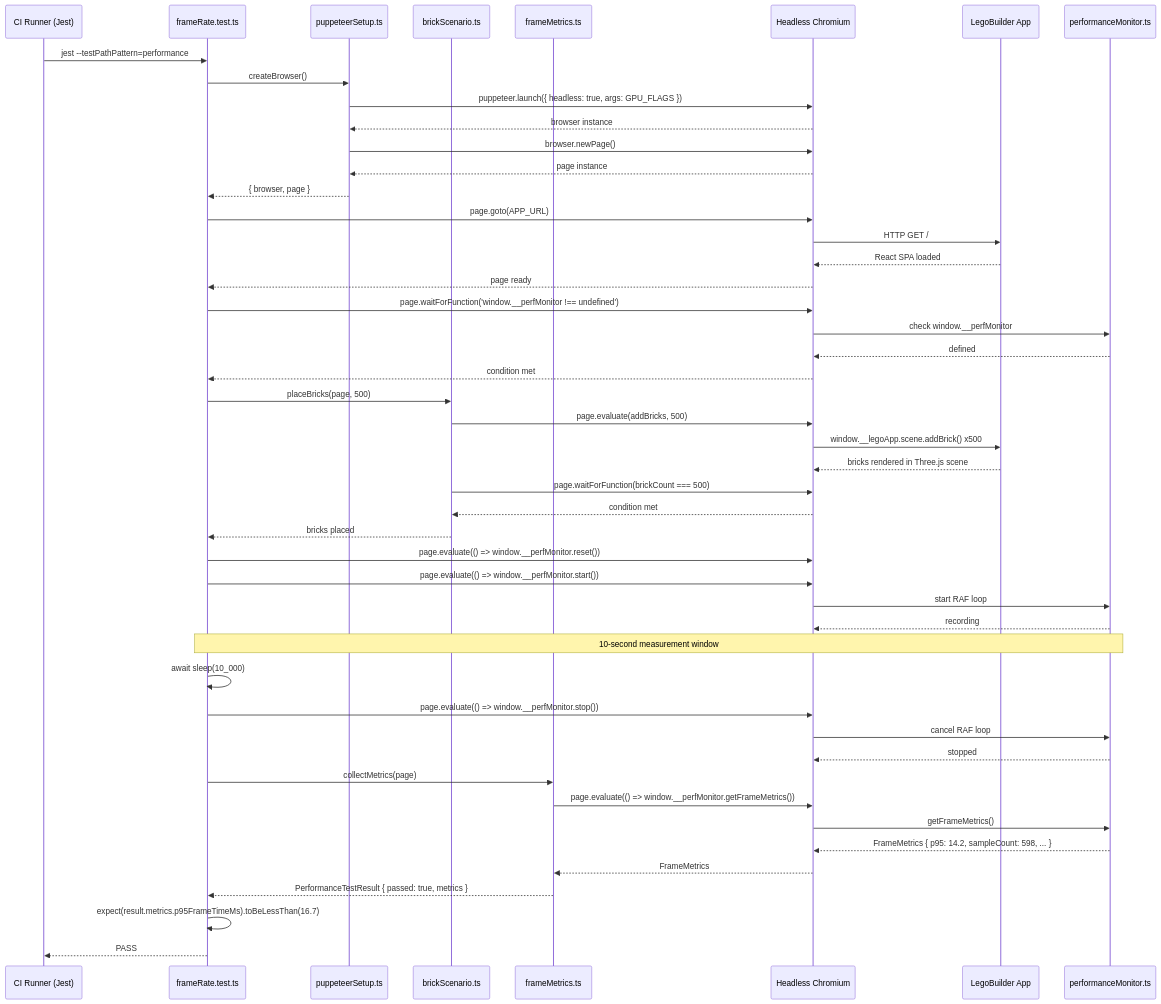
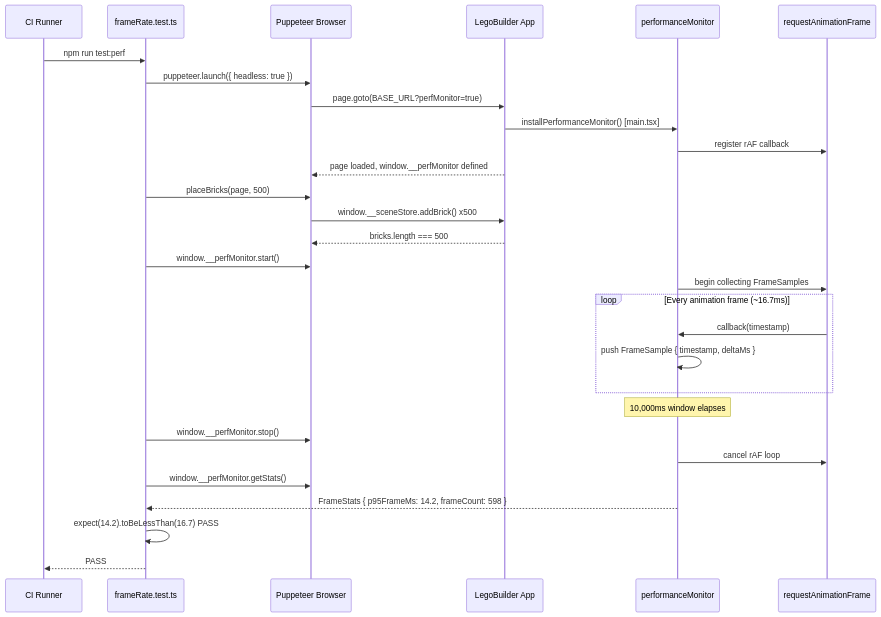
Before and after one commit to sreenivasmrpivot/legobuilder: the first of 4 diagrams in docs/features/NFR-PERF-001/LOW_LEVEL_DESIGN.md, drawn with Mermaid. The commit also changed other lines of this file, not shown here.

First line of the commit message:
docs: LLD for NFR-PERF-001 — Enforce ≥60 FPS frame rate with 500 bricks via automated performance tests

````diff
--- a/docs/features/NFR-PERF-001/LOW_LEVEL_DESIGN.md
+++ b/docs/features/NFR-PERF-001/LOW_LEVEL_DESIGN.md
@@ -223,59 +272,32 @@
 ```mermaid
 sequenceDiagram
-    participant CI as CI Runner (Jest)
+    participant CI as CI Runner
     participant PT as frameRate.test.ts
-    participant PU as puppeteerSetup.ts
-    participant BS as brickScenario.ts
-    participant FM as frameMetrics.ts
-    participant BR as Headless Chromium
+    participant PU as Puppeteer Browser
     participant APP as LegoBuilder App
-    participant PM as performanceMonitor.ts
+    participant PM as performanceMonitor
+    participant RAF as requestAnimationFrame
 
-    CI->>PT: jest --testPathPattern=performance
-    PT->>PU: createBrowser()
-    PU->>BR: puppeteer.launch({ headless: true, args: GPU_FLAGS })
-    BR-->>PU: browser instance
-    PU->>BR: browser.newPage()
-    BR-->>PU: page instance
-    PU-->>PT: { browser, page }
-
-    PT->>BR: page.goto(APP_URL)
-    BR->>APP: HTTP GET /
-    APP-->>BR: React SPA loaded
-    BR-->>PT: page ready
-
-    PT->>BR: page.waitForFunction('window.__perfMonitor !== undefined')
-    BR->>PM: check window.__perfMonitor
-    PM-->>BR: defined
-    BR-->>PT: condition met
-
-    PT->>BS: placeBricks(page, 500)
-    BS->>BR: page.evaluate(addBricks, 500)
-    BR->>APP: window.__legoApp.scene.addBrick() x500
-    APP-->>BR: bricks rendered in Three.js scene
-    BS->>BR: page.waitForFunction(brickCount === 500)
-    BR-->>BS: condition met
-    BS-->>PT: bricks placed
-
-    PT->>BR: page.evaluate(() => window.__perfMonitor.reset())
-    PT->>BR: page.evaluate(() => window.__perfMonitor.start())
-    BR->>PM: start RAF loop
-    PM-->>BR: recording
-
-    Note over PT,PM: 10-second measurement window
-    PT->>PT: await sleep(10_000)
-
-    PT->>BR: page.evaluate(() => window.__perfMonitor.stop())
-    BR->>PM: cancel RAF loop
-    PM-->>BR: stopped
-
-    PT->>FM: collectMetrics(page)
-    FM->>BR: page.evaluate(() => window.__perfMonitor.getFrameMetrics())
-    BR->>PM: getFrameMetrics()
-    PM-->>BR: FrameMetrics { p95: 14.2, sampleCount: 598, ... }
-    BR-->>FM: FrameMetrics
-    FM-->>PT: PerformanceTestResult { passed: true, metrics }
-
-    PT->>PT: expect(result.metrics.p95FrameTimeMs).toBeLessThan(16.7)
+    CI->>PT: npm run test:perf
+    PT->>PU: puppeteer.launch({ headless: true })
+    PU->>APP: page.goto(BASE_URL?perfMonitor=true)
+    APP->>PM: installPerformanceMonitor() [main.tsx]
+    PM->>RAF: register rAF callback
+    APP-->>PU: page loaded, window.__perfMonitor defined
+    PT->>PU: placeBricks(page, 500)
+    PU->>APP: window.__sceneStore.addBrick() x500
+    APP-->>PU: bricks.length === 500
+    PT->>PU: window.__perfMonitor.start()
+    PM->>RAF: begin collecting FrameSamples
+    loop Every animation frame (~16.7ms)
+        RAF->>PM: callback(timestamp)
+        PM->>PM: push FrameSample { timestamp, deltaMs }
+    end
+    Note over PM: 10,000ms window elapses
+    PT->>PU: window.__perfMonitor.stop()
+    PM->>RAF: cancel rAF loop
+    PT->>PU: window.__perfMonitor.getStats()
+    PM-->>PT: FrameStats { p95FrameMs: 14.2, frameCount: 598 }
+    PT->>PT: expect(14.2).toBeLessThan(16.7) PASS
     PT-->>CI: PASS
 ```
````
